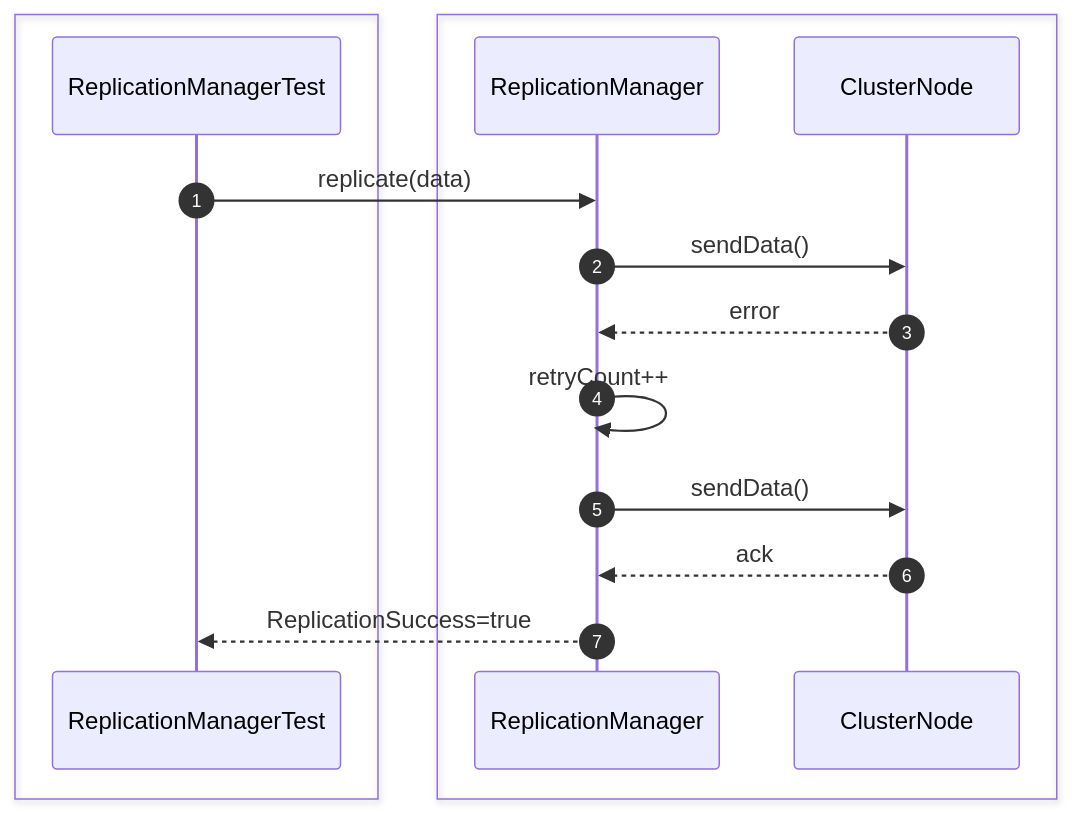
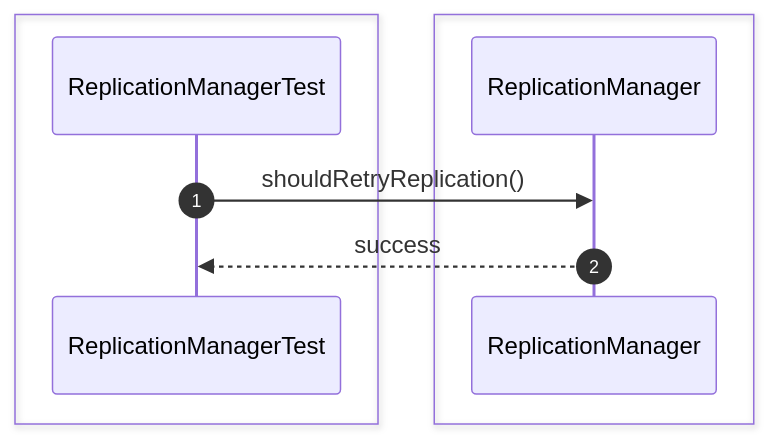
One commit to Huy1801214/dbms-architecture changed the sixth of 26 diagrams in src/sequence/replication.md. Above: the diagram before and after it, drawn with Mermaid. The commit also changed other lines of this file and 68 other files, not shown here.

Commit message:
implement comprehensive unit test suite and architectural sequence documentation

````diff
--- a/src/sequence/replication.md
+++ b/src/sequence/replication.md
@@ -104,20 +81,13 @@
 ```mermaid
 sequenceDiagram
     autonumber
-
     box #e1f5fe Test Suite
     participant Test as ReplicationManagerTest
     end
-    box #ffebee Replication Components
-    participant Manager as ReplicationManager
-    participant Node as ClusterNode
+    box #e3f2fd ReplicationManager Component
+    participant RM as ReplicationManager
     end
 
-    Test->>Manager: replicate(data)
-    Manager->>Node: sendData()
-    Node-->>Manager: error
-    Manager->>Manager: retryCount++
-    Manager->>Node: sendData()
-    Node-->>Manager: ack
-    Manager-->>Test: ReplicationSuccess=true
+    Test->>RM: shouldRetryReplication()
+    RM-->>Test: success
 ```
````
